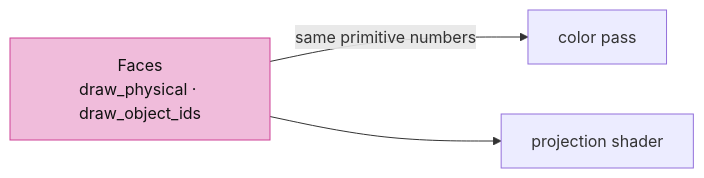
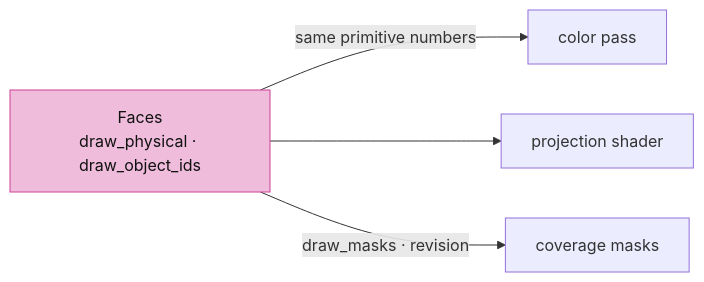
One commit to petrasvestartas/session changed diagram 11 of 14 in session_viewer/docs/18-finite-visibility.md. Above: the diagram before and after it, drawn with Mermaid. The commit also changed other lines of this file and 34 other files, not shown here.

First line of the commit message:
Course: each lesson teaches its file's final form; diagrams fit the column

````diff
--- a/session_viewer/docs/18-finite-visibility.md
+++ b/session_viewer/docs/18-finite-visibility.md
@@ -230,6 +244,7 @@
 ```mermaid
 flowchart LR
     F["Faces<br/>draw_physical · draw_object_ids"] -- "same primitive numbers" --> C["color pass"]
     F --> J["projection shader"]
+    F -- "draw_masks · revision" --> M["coverage masks"]
     style F fill:#f0bcdb,stroke:#ce4095,color:#111
 ```
````
